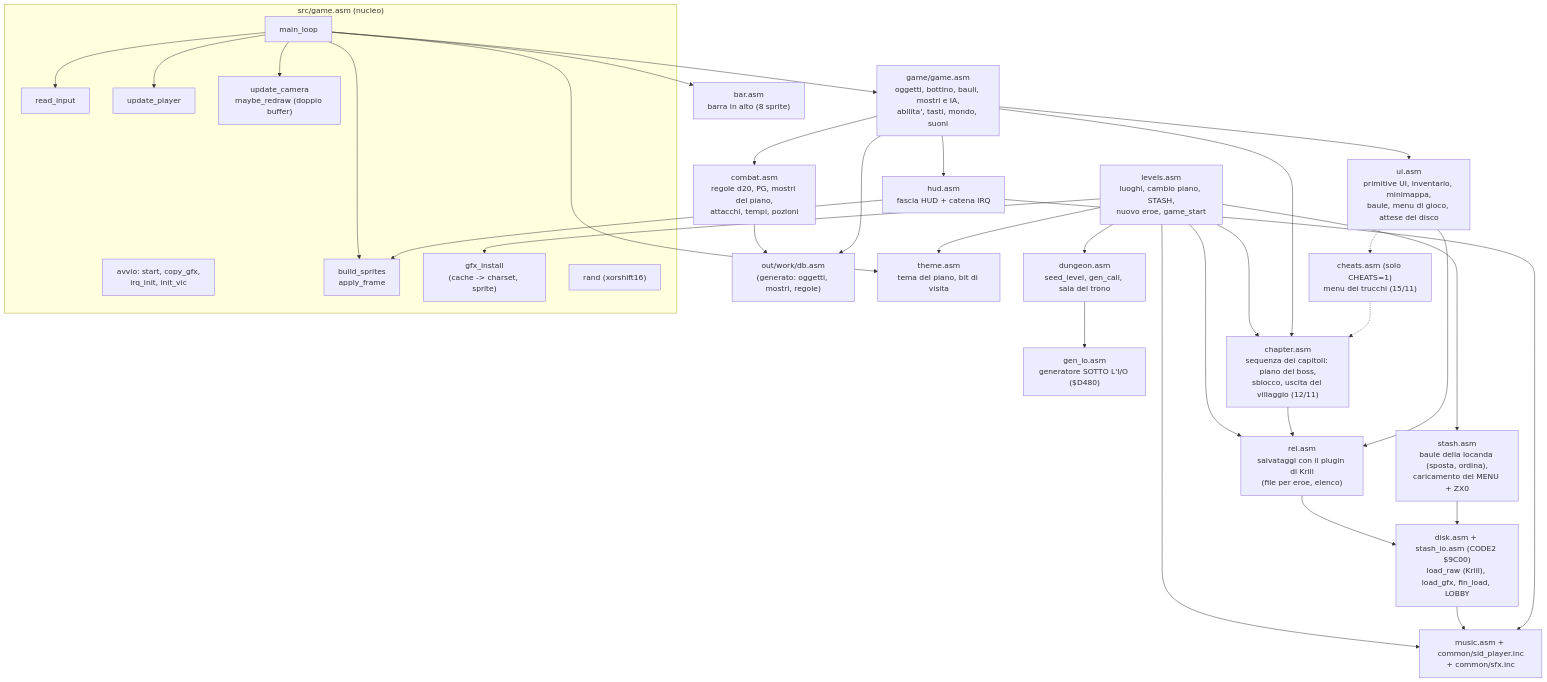
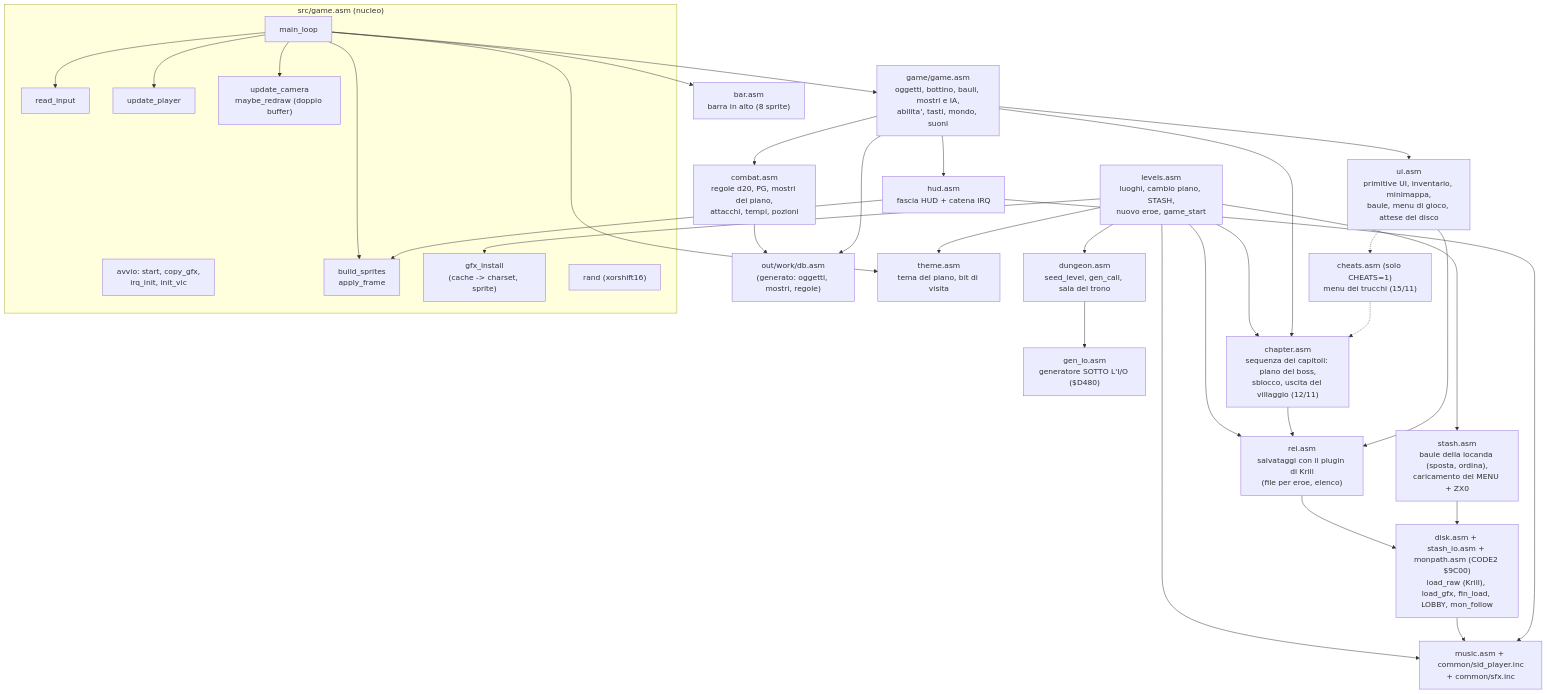
One commit to caporalesimone/barbarian-the-blood-path changed the second of 4 diagrams in docs/wiki/architettura.md. Above: the diagram before and after it, drawn with Mermaid. The commit also changed other lines of this file and 31 other files, not shown here.

````diff
--- a/docs/wiki/architettura.md
+++ b/docs/wiki/architettura.md
@@ -75,55 +75,55 @@
 ```mermaid
 flowchart TB
     subgraph CORE["src/game.asm (nucleo)"]
         INIT["avvio: start, copy_gfx,<br/>irq_init, init_vic"]
         LOOP["main_loop"]
         INPUT["read_input"]
         PLAYER["update_player"]
         CAM["update_camera<br/>maybe_redraw (doppio buffer)"]
         SPR["build_sprites<br/>apply_frame"]
         GFXI["gfx_install<br/>(cache -> charset, sprite)"]
         PRNG["rand (xorshift16)"]
     end
     DB["out/work/db.asm<br/>(generato: oggetti, mostri, regole)"]
     DUN["dungeon.asm<br/>seed_level, gen_call, sala del trono"]
     GENIO["gen_io.asm<br/>generatore SOTTO L'I/O ($D480)"]
     GG["game/game.asm<br/>oggetti, bottino, bauli, mostri e IA,<br/>abilita', tasti, mondo, suoni"]
     CB["combat.asm<br/>regole d20, PG, mostri del piano,<br/>attacchi, tempi, pozioni"]
     LV["levels.asm<br/>luoghi, cambio piano, STASH,<br/>nuovo eroe, game_start"]
     UI["ui.asm<br/>primitive UI, inventario, minimappa,<br/>baule, menu di gioco, attese del disco"]
     ST["stash.asm<br/>baule della locanda (sposta, ordina),<br/>caricamento del MENU + ZX0"]
     HUD["hud.asm<br/>fascia HUD + catena IRQ"]
     BARM["bar.asm<br/>barra in alto (8 sprite)"]
     MUS["music.asm + common/sid_player.inc<br/>+ common/sfx.inc"]
     PF["theme.asm<br/>tema del piano, bit di visita"]
     REL["rel.asm<br/>salvataggi con il plugin di Krill<br/>(file per eroe, elenco)"]
     CHAP["chapter.asm<br/>sequenza dei capitoli: piano del boss,<br/>sblocco, uscita del villaggio (12/11)"]
     CHT["cheats.asm (solo CHEATS=1)<br/>menu dei trucchi (15/11)"]
-    DISK["disk.asm + stash_io.asm (CODE2 $9C00)<br/>load_raw (Krill), load_gfx, fin_load, LOBBY"]
+    DISK["disk.asm + stash_io.asm + monpath.asm (CODE2 $9C00)<br/>load_raw (Krill), load_gfx, fin_load, LOBBY, mon_follow"]
     LOOP --> INPUT & PLAYER & CAM & SPR
     LOOP --> GG
     LOOP --> PF
     LOOP --> BARM
     GG --> HUD
     GG --> CB
     GG --> UI
     LV --> DUN --> GENIO
     LV --> GFXI
     LV --> MUS
     LV --> REL
     LV --> CHAP
     CHAP --> REL
     GG --> CHAP
     UI -.-> CHT
     CHT -.-> CHAP
     LV --> PF
     LV --> ST
     UI --> REL
     DISK --> MUS
     REL --> DISK
     ST --> DISK
     HUD --> MUS
     HUD --> SPR
     CB --> DB
     GG --> DB
 ```
````
